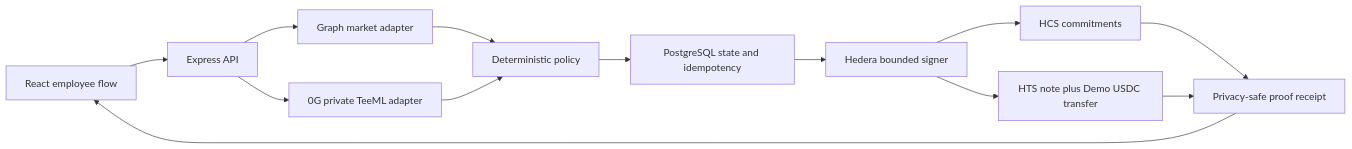
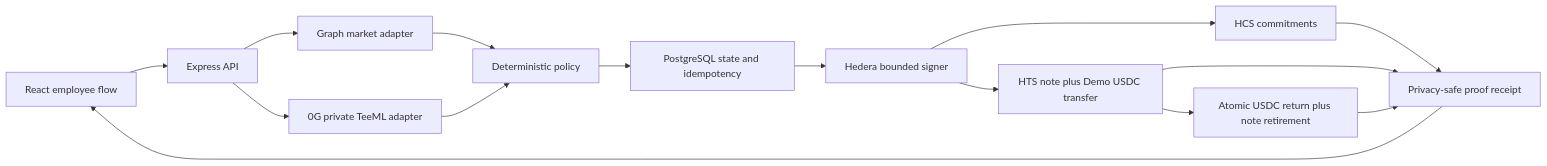
Before and after one commit to pleasebepatientihaveautism/unlockd.bond: the first of 2 diagrams in docs/ARCHITECTURE.md, drawn with Mermaid. The commit also changed other lines of this file and 27 other files, not shown here.

````diff
--- a/docs/ARCHITECTURE.md
+++ b/docs/ARCHITECTURE.md
@@ -3,15 +3,17 @@
 ```mermaid
 flowchart LR
   UI["React employee flow"] --> API["Express API"]
   API --> GRAPH["Graph market adapter"]
   API --> ZG["0G private TeeML adapter"]
   GRAPH --> POLICY["Deterministic policy"]
   ZG --> POLICY
   POLICY --> STORE["PostgreSQL state and idempotency"]
   STORE --> HEDERA["Hedera bounded signer"]
   HEDERA --> HCS["HCS commitments"]
   HEDERA --> HTS["HTS note plus Demo USDC transfer"]
+  HTS --> REPAY["Atomic USDC return plus note retirement"]
   HCS --> PROOF["Privacy-safe proof receipt"]
   HTS --> PROOF
+  REPAY --> PROOF
   PROOF --> UI
 ```
````
